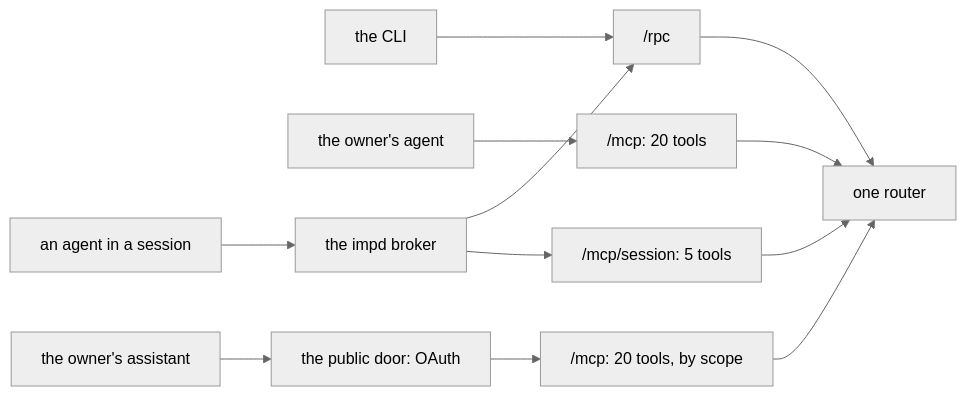
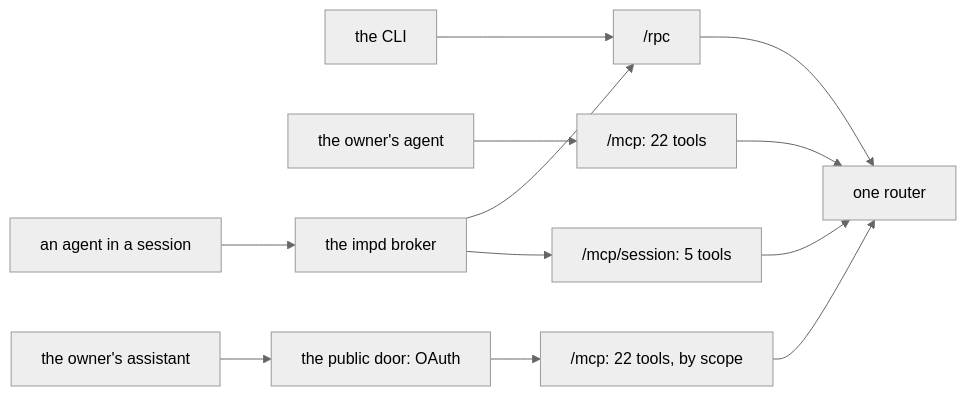
Before and after one commit to zgeoff/boxxy: the diagram in docs/design/boxxy/v1-api-and-auth.md, drawn with Mermaid (neutral theme). The commit also changed other lines of this file and 43 other files, not shown here.

````diff
--- a/docs/design/boxxy/v1-api-and-auth.md
+++ b/docs/design/boxxy/v1-api-and-auth.md
@@ -7,13 +7,13 @@
 ```mermaid
 flowchart LR
   cli[the CLI] --> rpc["/rpc"]
-  owner[the owner's agent] --> mcp["/mcp: 20 tools"]
-  remote[the owner's assistant] --> oauth[the public door: OAuth] --> pmcp["/mcp: 20 tools, by scope"]
+  owner[the owner's agent] --> mcp["/mcp: 22 tools"]
+  remote[the owner's assistant] --> oauth[the public door: OAuth] --> pmcp["/mcp: 22 tools, by scope"]
   session[an agent in a session] --> broker[the impd broker]
   broker --> rpc
   broker --> smcp["/mcp/session: 5 tools"]
   rpc --> router[one router]
   mcp --> router
   pmcp --> router
   smcp --> router
 ```
````
